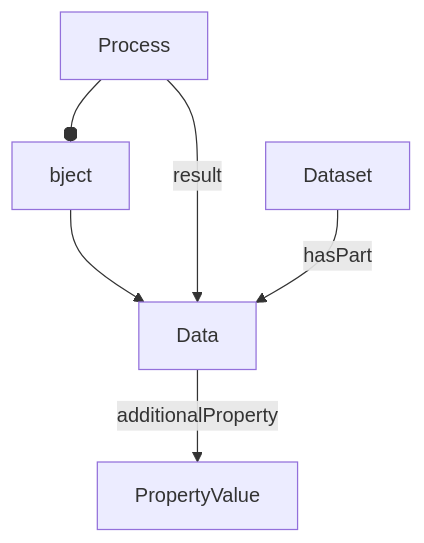
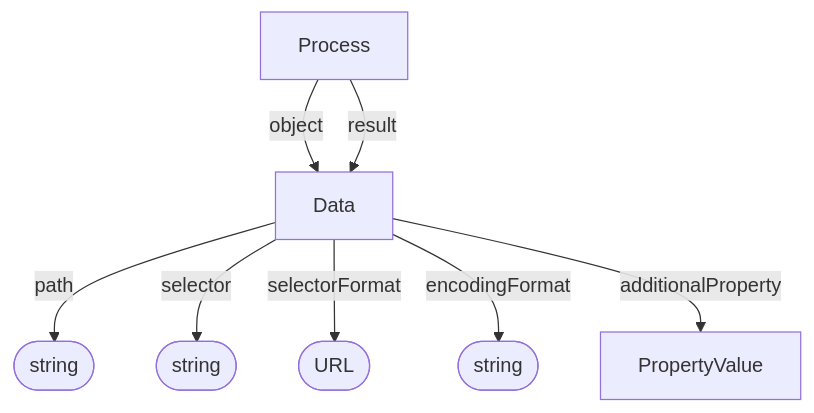
Before and after one commit to HLWeil/ProcessCore: the diagram in spec/core/Data.md, drawn with Mermaid. The commit also changed 8 other files, not shown here.

````diff
--- a/spec/core/Data.md
+++ b/spec/core/Data.md
@@ -22,7 +22,16 @@
 ```mermaid
 flowchart TD
-    Process --object--> Data
+
+    pa@{ shape: stadium, label: "string" }
+    se@{ shape: stadium, label: "string" }
+    sf@{ shape: stadium, label: "URL" }
+    ef@{ shape: stadium, label: "string" }
+
+    Process --"object"--> Data
     Process --result--> Data
-    Dataset --hasPart--> Data
+    Data --path--> pa
+    Data --selector--> se
+    Data --selectorFormat--> sf
+    Data --encodingFormat--> ef
     Data --additionalProperty--> PropertyValue
 ```
````
